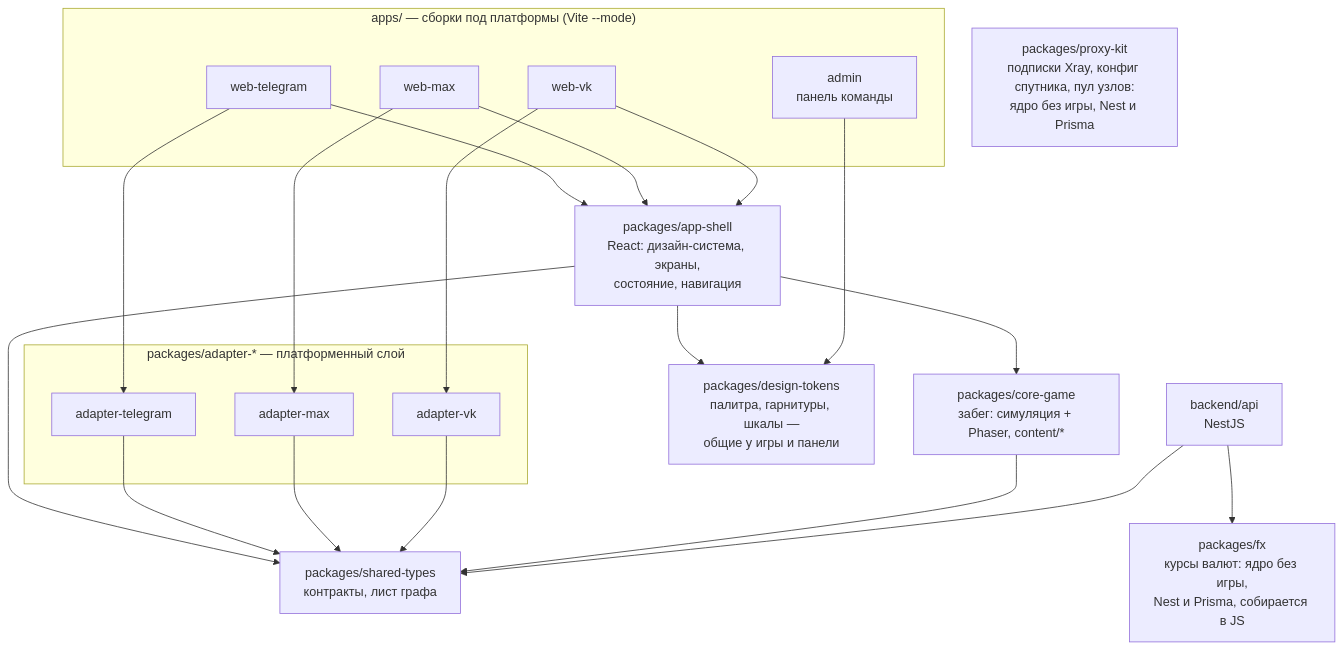
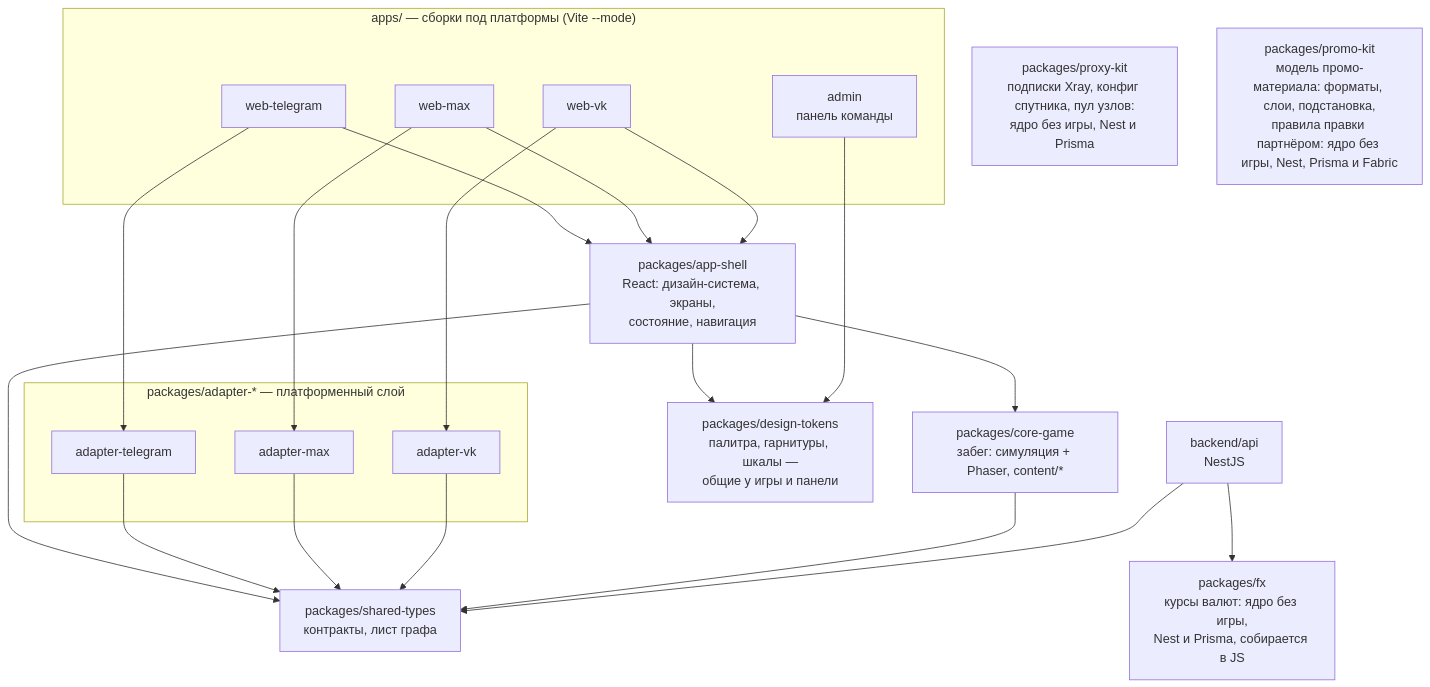
The fifth of 46 diagrams in docs/21-diagrams.md (JJSGxKD/rubezh), drawn with Mermaid before and after one commit. The commit also changed 5 other files, not shown here.

First line of the commit message:
chore(promo-kit): Подключить пакет и его границы

````diff
--- a/docs/21-diagrams.md
+++ b/docs/21-diagrams.md
@@ -1664,41 +1664,42 @@
 ```mermaid
 flowchart TD
     subgraph apps["apps/ — сборки под платформы (Vite --mode)"]
         WT["web-telegram"]
         WM["web-max"]
         WV["web-vk"]
         ADM["admin<br/>панель команды"]
     end
 
     subgraph adapters["packages/adapter-* — платформенный слой"]
         AT["adapter-telegram"]
         AM["adapter-max"]
         AV["adapter-vk"]
     end
 
     SH["packages/app-shell<br/>React: дизайн-система, экраны,<br/>состояние, навигация"]
     CG["packages/core-game<br/>забег: симуляция + Phaser, content/*"]
     ST["packages/shared-types<br/>контракты, лист графа"]
     FX["packages/fx<br/>курсы валют: ядро без игры,<br/>Nest и Prisma, собирается в JS"]
     PK["packages/proxy-kit<br/>подписки Xray, конфиг спутника, пул узлов:<br/>ядро без игры, Nest и Prisma"]
+    PRK["packages/promo-kit<br/>модель промо-материала: форматы, слои, подстановка,<br/>правила правки партнёром: ядро без игры, Nest, Prisma и Fabric"]
     API["backend/api<br/>NestJS"]
     DT["packages/design-tokens<br/>палитра, гарнитуры, шкалы —<br/>общие у игры и панели"]
 
     WT --> SH
     WT --> AT
     WM --> SH
     WM --> AM
     WV --> SH
     WV --> AV
 
     SH --> CG
     SH --> ST
     AT --> ST
     AM --> ST
     AV --> ST
     CG --> ST
     API --> ST
     API --> FX
     SH --> DT
     ADM --> DT
 ```
````
